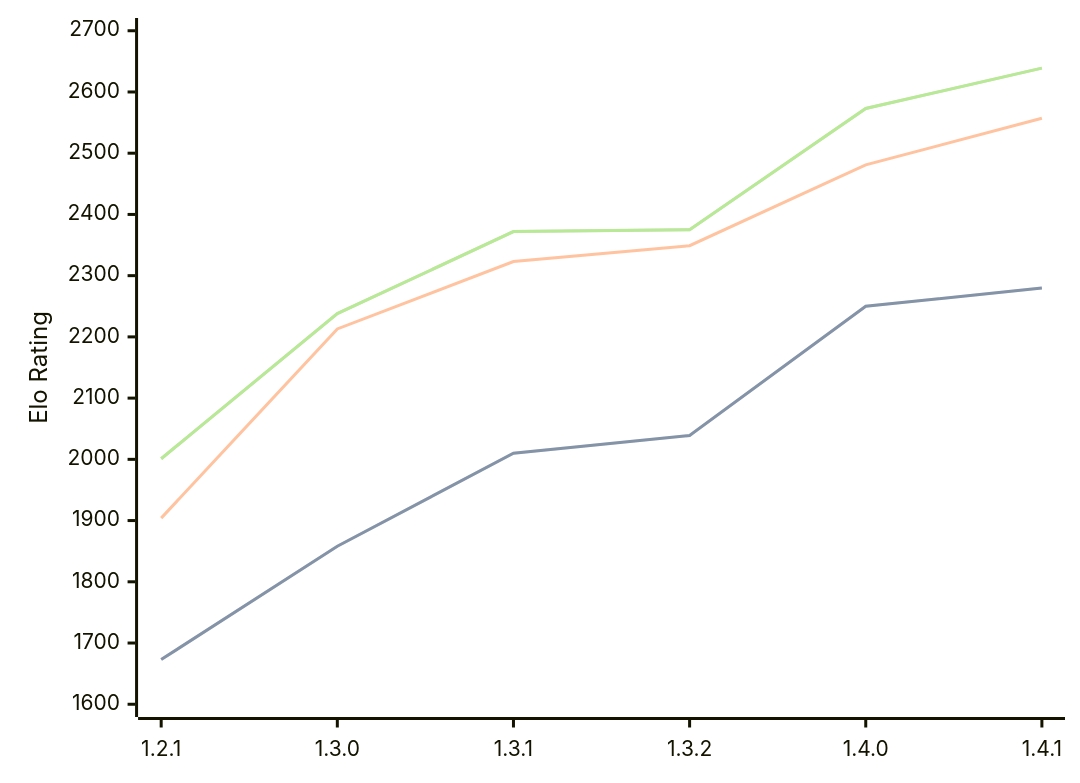
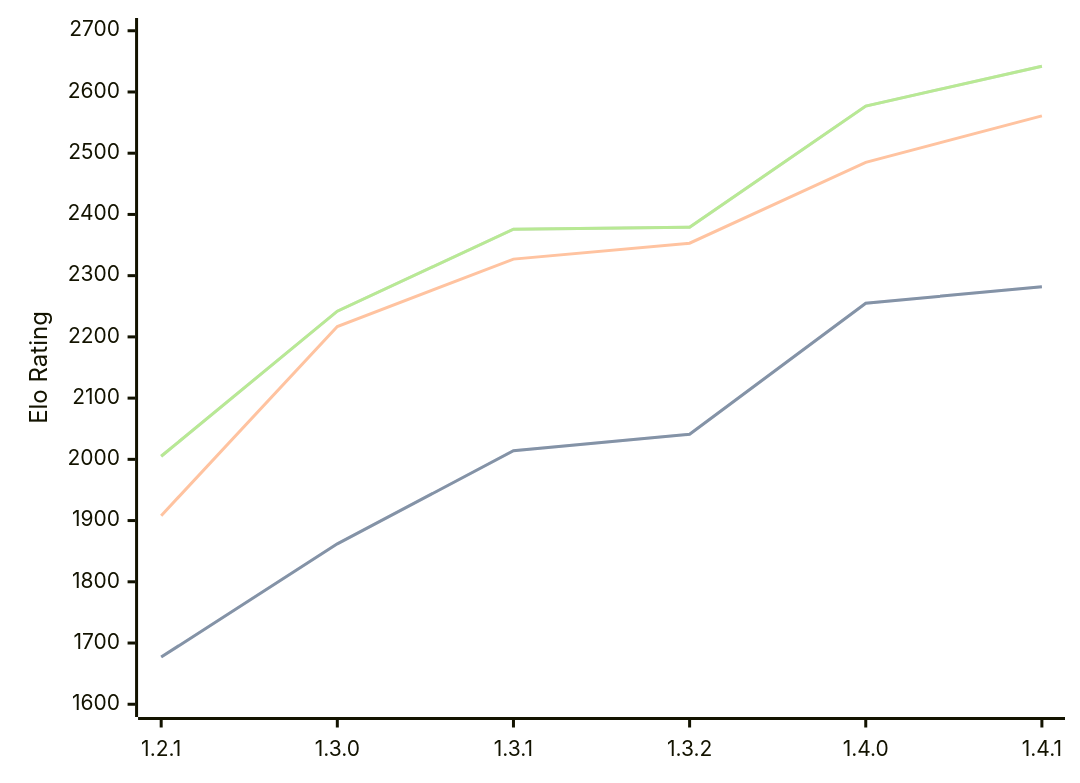
One commit to computer-chess-index/cci changed the diagram in engines/Chal.md. Above: the diagram before and after it, drawn with Mermaid. The commit also changed other lines of this file, not shown here.

Commit message:
Update CCI Ratings (ELO VLTC) - 2026-08-18

````diff
--- a/engines/Chal.md
+++ b/engines/Chal.md
@@ -36,11 +36,11 @@
 ```mermaid
 %%{init: {"theme":"base","themeVariables":{"seriesColors:['#a3a3a3','#222221','#faa371']}}}%%
 xychart-beta
   x-axis ["1.2.1", "1.3.0", "1.3.1", "1.3.2", "1.4.0", "1.4.1"]
   y-axis "Elo Rating" 1600 --> 2700
-  line "STC (8.0+0.08s)" [1673, 1858, 2010, 2039, 2250, 2280]
-  line "STC (8.0+0.08s)" [1673, 1858, 2010, 2039, 2250, 2280]
-  line "LTC (60.0+0.60s)" [1904, 2213, 2323, 2349, 2481, 2557]
-  line "VLTC (2m24s+1.12s)" [2001, 2238, 2372, 2375, 2573, 2639]
-  line "VLTC (2m24s+1.12s)" [2001, 2238, 2372, 2375, 2573, 2639]
+  line "STC (8.0+0.08s)" [1677, 1862, 2014, 2041, 2255, 2282]
+  line "STC (8.0+0.08s)" [1677, 1862, 2014, 2041, 2255, 2282]
+  line "LTC (60.0+0.60s)" [1908, 2217, 2327, 2353, 2485, 2561]
+  line "VLTC (2m24s+1.12s)" [2005, 2242, 2376, 2379, 2577, 2642]
+  line "VLTC (2m24s+1.12s)" [2005, 2242, 2376, 2379, 2577, 2642]
 ```
````
